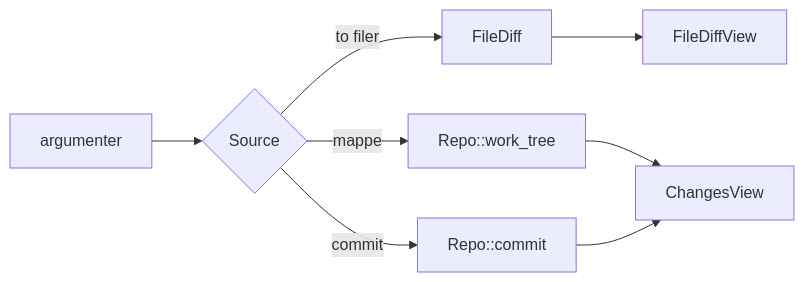
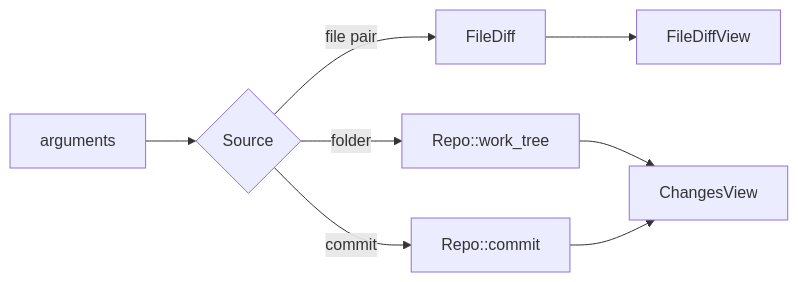
The diagram in crates/jetdiff/README.md (akemkers/jetdiff), drawn with Mermaid before and after one commit. The commit also changed other lines of this file and 15 other files, not shown here.

````diff
--- a/crates/jetdiff/README.md
+++ b/crates/jetdiff/README.md
@@ -19,7 +19,7 @@
 ```mermaid
 graph LR
-    args[argumenter] --> source{Source}
-    source -- to filer --> fd[FileDiff] --> fdv[FileDiffView]
-    source -- mappe --> wt[Repo::work_tree] --> cv[ChangesView]
+    args[arguments] --> source{Source}
+    source -- file pair --> fd[FileDiff] --> fdv[FileDiffView]
+    source -- folder --> wt[Repo::work_tree] --> cv[ChangesView]
     source -- commit --> c[Repo::commit] --> cv
 ```
````
